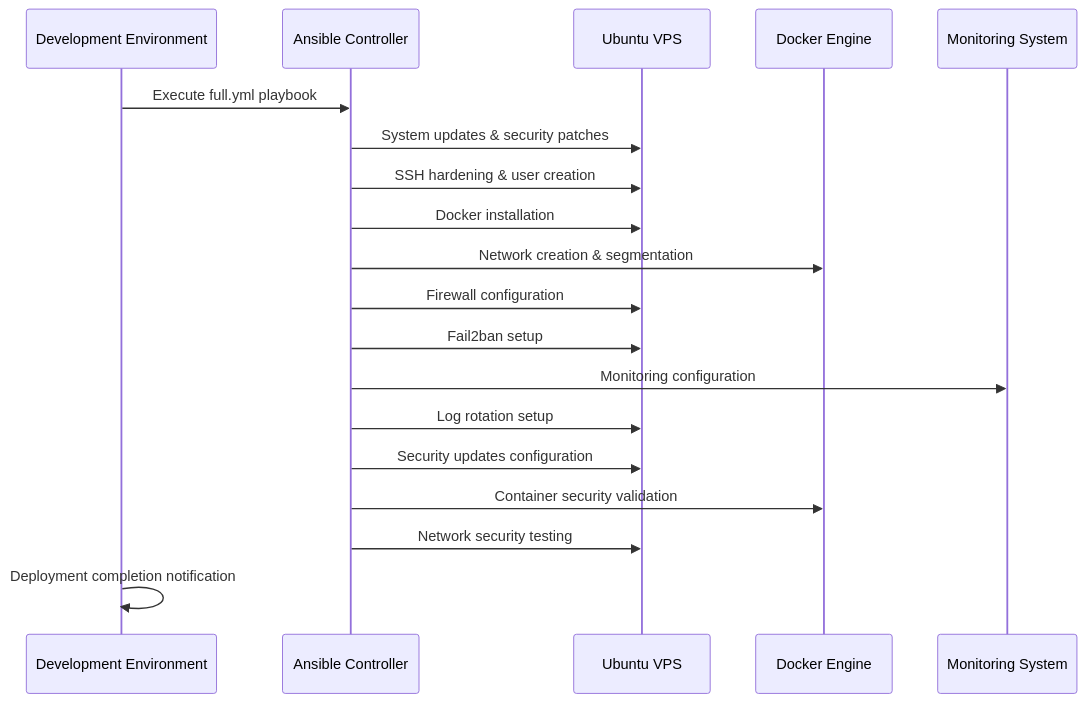
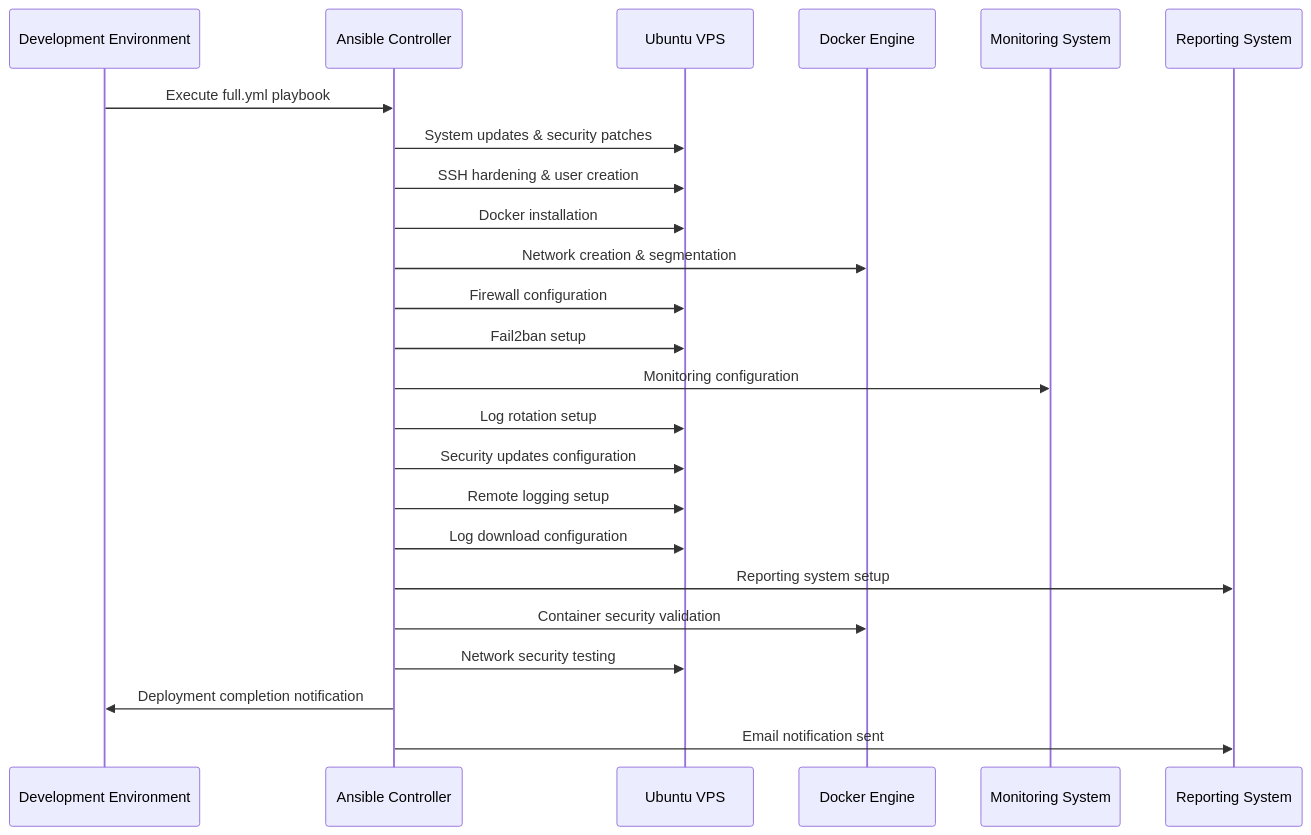
The fourth of 5 diagrams in documentation/ARCHITECTURE.md (eduardoshanahan/devcontainers-deploy-docker), drawn with Mermaid before and after one commit. The commit also changed other lines of this file and 9 other files, not shown here.

````diff
--- a/documentation/ARCHITECTURE.md
+++ b/documentation/ARCHITECTURE.md
@@ -210,22 +228,27 @@
 ```mermaid
 sequenceDiagram
     participant Dev as Development Environment
     participant Ansible as Ansible Controller
     participant Server as Ubuntu VPS
     participant Docker as Docker Engine
     participant Monitor as Monitoring System
+    participant Report as Reporting System
 
     Dev->>Ansible: Execute full.yml playbook
     Ansible->>Server: System updates & security patches
     Ansible->>Server: SSH hardening & user creation
     Ansible->>Server: Docker installation
     Ansible->>Docker: Network creation & segmentation
     Ansible->>Server: Firewall configuration
     Ansible->>Server: Fail2ban setup
     Ansible->>Monitor: Monitoring configuration
     Ansible->>Server: Log rotation setup
     Ansible->>Server: Security updates configuration
+    Ansible->>Server: Remote logging setup
+    Ansible->>Server: Log download configuration
+    Ansible->>Report: Reporting system setup
     Ansible->>Docker: Container security validation
     Ansible->>Server: Network security testing
-    Dev->>Dev: Deployment completion notification
+    Ansible->>Dev: Deployment completion notification
+    Ansible->>Report: Email notification sent
 ```
````
